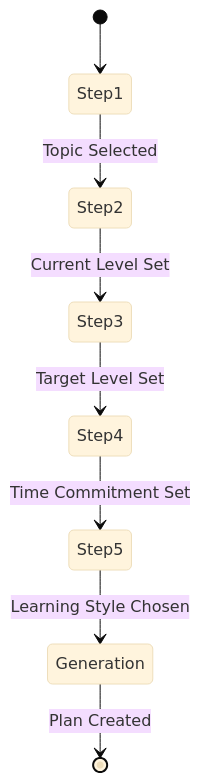
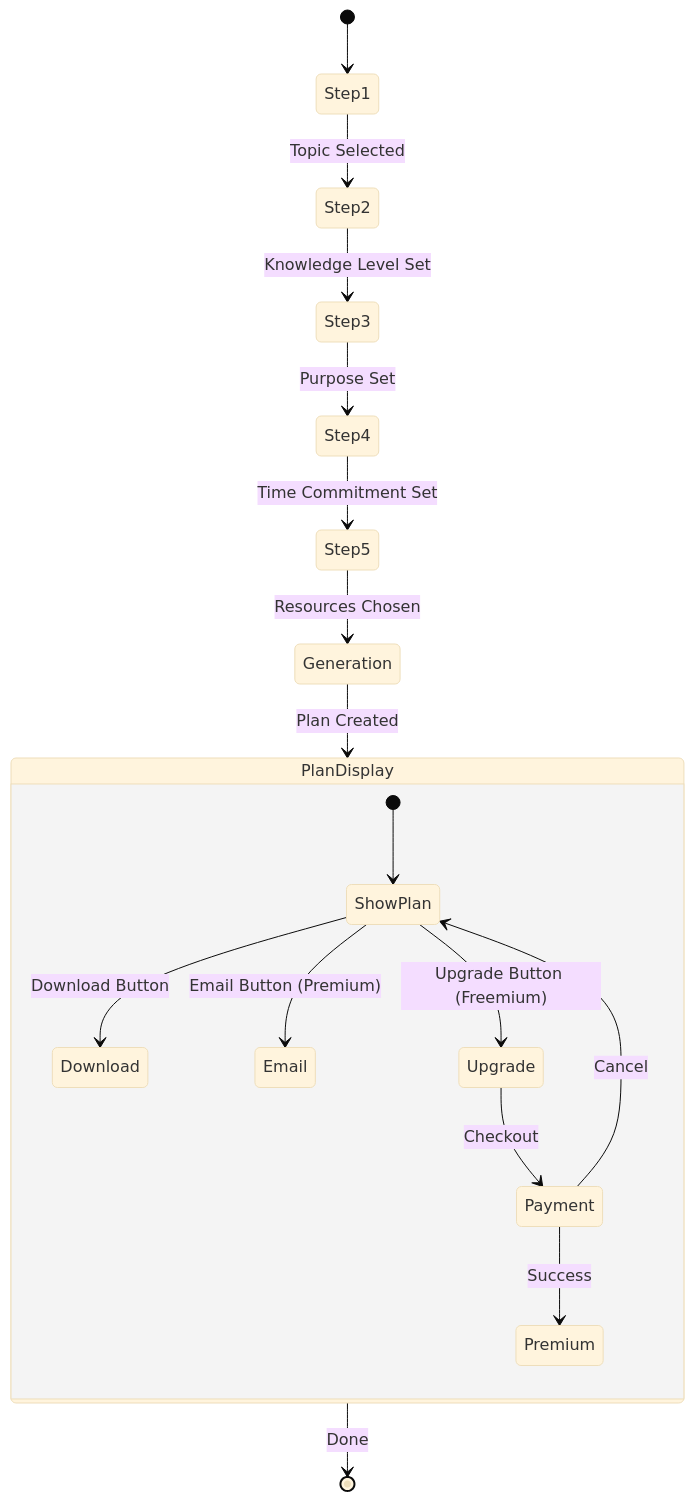
One commit to hansraj316/Projects changed the fourth of 5 diagrams in CoachAI/docs/README.md. Above: the diagram before and after it, drawn with Mermaid (base theme). The commit also changed other lines of this file and 27 other files, not shown here.

Commit message:
Enhance CoachAI with Stripe integration for subscription management, including new payment handling in StripeAgent, updated LearningGoal model, and improved UI for API key configuration and subscription options. Update documentation to reflect new features and user flow.

````diff
--- a/CoachAI/docs/README.md
+++ b/CoachAI/docs/README.md
@@ -164,10 +224,21 @@
 ```mermaid
 stateDiagram-v2
     [*] --> Step1
     Step1 --> Step2: Topic Selected
-    Step2 --> Step3: Current Level Set
-    Step3 --> Step4: Target Level Set
+    Step2 --> Step3: Knowledge Level Set
+    Step3 --> Step4: Purpose Set
     Step4 --> Step5: Time Commitment Set
-    Step5 --> Generation: Learning Style Chosen
-    Generation --> [*]: Plan Created
+    Step5 --> Generation: Resources Chosen
+    Generation --> PlanDisplay: Plan Created
+    PlanDisplay --> [*]: Done
+    
+    state PlanDisplay {
+        [*] --> ShowPlan
+        ShowPlan --> Download: Download Button
+        ShowPlan --> Email: Email Button (Premium)
+        ShowPlan --> Upgrade: Upgrade Button (Freemium)
+        Upgrade --> Payment: Checkout
+        Payment --> Premium: Success
+        Payment --> ShowPlan: Cancel
+    }
 ```
````
